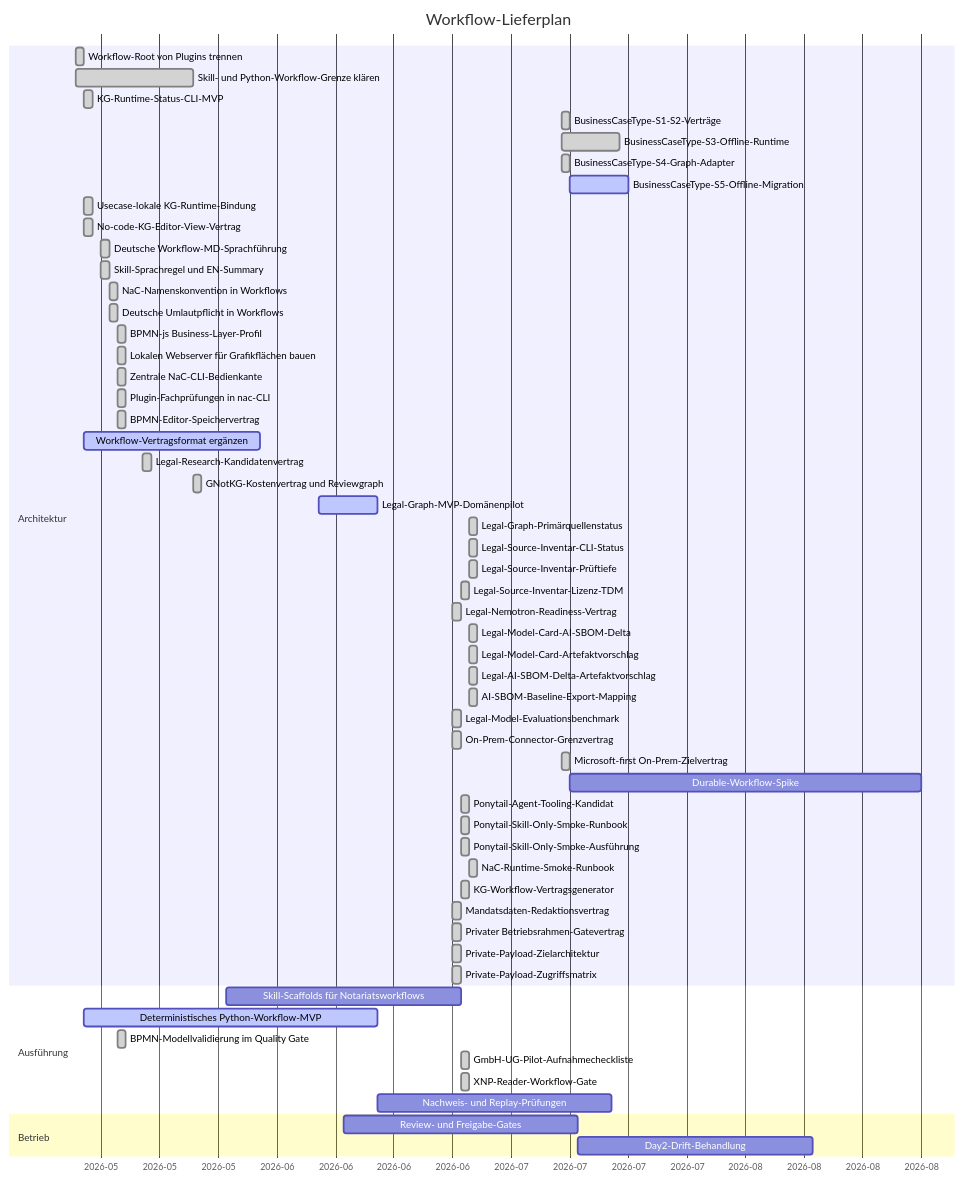
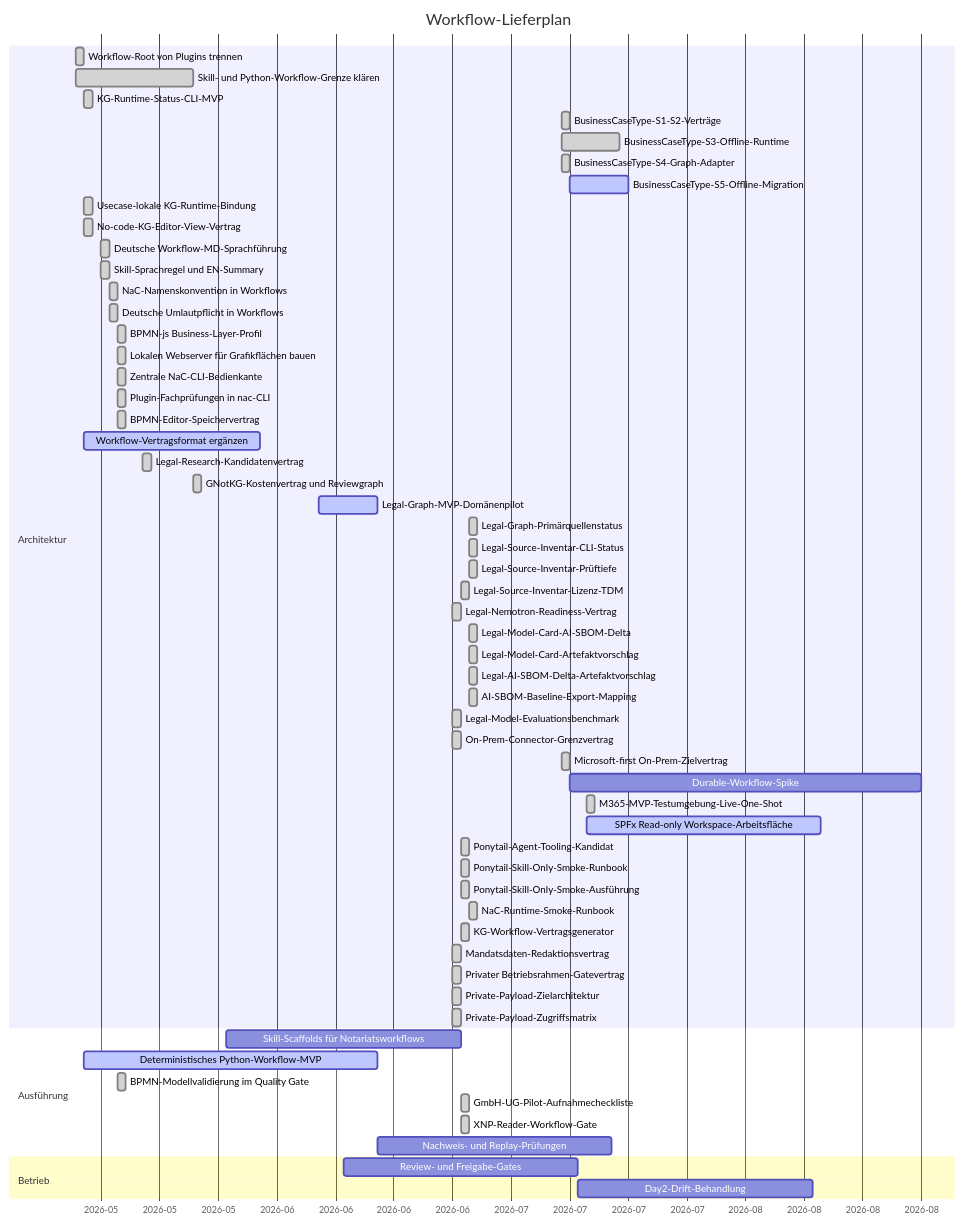
One commit to notariat8/NaC changed the diagram in workflows/GANTT.md. Above: the diagram before and after it, drawn with Mermaid. The commit also changed other lines of this file and 12 other files, not shown here.

Commit message:
docs(m365): attest live MVP milestone

````diff
--- a/workflows/GANTT.md
+++ b/workflows/GANTT.md
@@ -5,64 +5,66 @@
 ```mermaid
 gantt
     title Workflow-Lieferplan
     dateFormat  YYYY-MM-DD
     axisFormat  %Y-%m
 
     section Architektur
     Workflow-Root von Plugins trennen          :done,   w1, 2026-05-14, 1d
     Skill- und Python-Workflow-Grenze klären  :done,   w2, 2026-05-14, 14d
     KG-Runtime-Status-CLI-MVP                  :done,   w3, 2026-05-15, 1d
     BusinessCaseType-S1-S2-Verträge            :done,   w3b, 2026-07-11, 1d
     BusinessCaseType-S3-Offline-Runtime         :done,   w3c, 2026-07-11, 7d
     BusinessCaseType-S4-Graph-Adapter           :done,   w3d, 2026-07-11, 1d
     BusinessCaseType-S5-Offline-Migration      :active, w3e, 2026-07-12, 7d
     Usecase-lokale KG-Runtime-Bindung          :done,   w3a, 2026-05-15, 1d
     No-code-KG-Editor-View-Vertrag             :done,   w4a, 2026-05-15, 1d
     Deutsche Workflow-MD-Sprachführung        :done,   w4b, 2026-05-17, 1d
     Skill-Sprachregel und EN-Summary            :done,   w4c, 2026-05-17, 1d
     NaC-Namenskonvention in Workflows           :done,   w4d, 2026-05-18, 1d
     Deutsche Umlautpflicht in Workflows         :done,   w4e, 2026-05-18, 1d
     BPMN-js Business-Layer-Profil               :done,   w4f, 2026-05-19, 1d
     Lokalen Webserver für Grafikflächen bauen  :done,   w4g, 2026-05-19, 1d
     Zentrale NaC-CLI-Bedienkante                :done,   w4h, 2026-05-19, 1d
     Plugin-Fachprüfungen in nac-CLI             :done,   w4i, 2026-05-19, 1d
     BPMN-Editor-Speichervertrag                 :done,   w4j, 2026-05-19, 1d
     Workflow-Vertragsformat ergänzen          :active, w4, 2026-05-15, 21d
     Legal-Research-Kandidatenvertrag           :done,   w4k, 2026-05-22, 1d
     GNotKG-Kostenvertrag und Reviewgraph        :done,   w4l, 2026-05-28, 1d
     Legal-Graph-MVP-Domänenpilot              :active, w4m, 2026-06-12, 7d
     Legal-Graph-Primärquellenstatus            :done,   w4z, 2026-06-30, 1d
     Legal-Source-Inventar-CLI-Status           :done,   w4aa, 2026-06-30, 1d
     Legal-Source-Inventar-Prüftiefe            :done,   w4af, 2026-06-30, 1d
     Legal-Source-Inventar-Lizenz-TDM           :done,   w4u, 2026-06-29, 1d
     Legal-Nemotron-Readiness-Vertrag            :done,   w4s, 2026-06-28, 1d
     Legal-Model-Card-AI-SBOM-Delta             :done,   w4ab, 2026-06-30, 1d
     Legal-Model-Card-Artefaktvorschlag         :done,   w4ac, 2026-06-30, 1d
     Legal-AI-SBOM-Delta-Artefaktvorschlag      :done,   w4ad, 2026-06-30, 1d
     AI-SBOM-Baseline-Export-Mapping            :done,   w4ae, 2026-06-30, 1d
     Legal-Model-Evaluationsbenchmark           :done,   w4t, 2026-06-28, 1d
     On-Prem-Connector-Grenzvertrag            :done,   w4n, 2026-06-28, 1d
     Microsoft-first On-Prem-Zielvertrag          :done,   w4ah, 2026-07-11, 1d
     Durable-Workflow-Spike                       :        w4ai, after w4ah, 42d
+    M365-MVP-Testumgebung-Live-One-Shot          :done,   w4aj, 2026-07-14, 1d
+    SPFx Read-only Workspace-Arbeitsfläche       :active, w4ak, 2026-07-14, 28d
     Ponytail-Agent-Tooling-Kandidat            :done,   w4v, 2026-06-29, 1d
     Ponytail-Skill-Only-Smoke-Runbook          :done,   w4w, 2026-06-29, 1d
     Ponytail-Skill-Only-Smoke-Ausführung       :done,   w4x, 2026-06-29, 1d
     NaC-Runtime-Smoke-Runbook                  :done,   w4ag, 2026-06-30, 1d
     KG-Workflow-Vertragsgenerator              :done,   w4y, 2026-06-29, 1d
     Mandatsdaten-Redaktionsvertrag             :done,   w4o, 2026-06-28, 1d
     Privater Betriebsrahmen-Gatevertrag        :done,   w4p, 2026-06-28, 1d
     Private-Payload-Zielarchitektur            :done,   w4q, 2026-06-28, 1d
     Private-Payload-Zugriffsmatrix             :done,   w4r, 2026-06-28, 1d
 
     section Ausführung
     Skill-Scaffolds für Notariatsworkflows    :        w5, 2026-06-01, 28d
     Deterministisches Python-Workflow-MVP      :active, w6, 2026-05-15, 35d
     BPMN-Modellvalidierung im Quality Gate      :done,   w6a, 2026-05-19, 1d
     GmbH-UG-Pilot-Aufnahmecheckliste           :done,   w6b, 2026-06-29, 1d
     XNP-Reader-Workflow-Gate                   :done,   w6c, 2026-06-29, 1d
     Nachweis- und Replay-Prüfungen            :        w7, after w6, 28d
 
     section Betrieb
     Review- und Freigabe-Gates                 :        w8, 2026-06-15, 28d
     Day2-Drift-Behandlung                      :        w9, after w8, 28d
 ```
````
